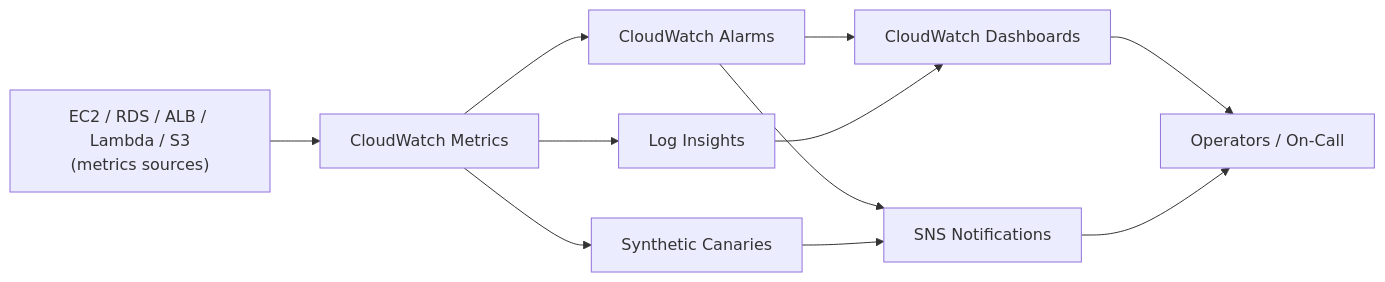
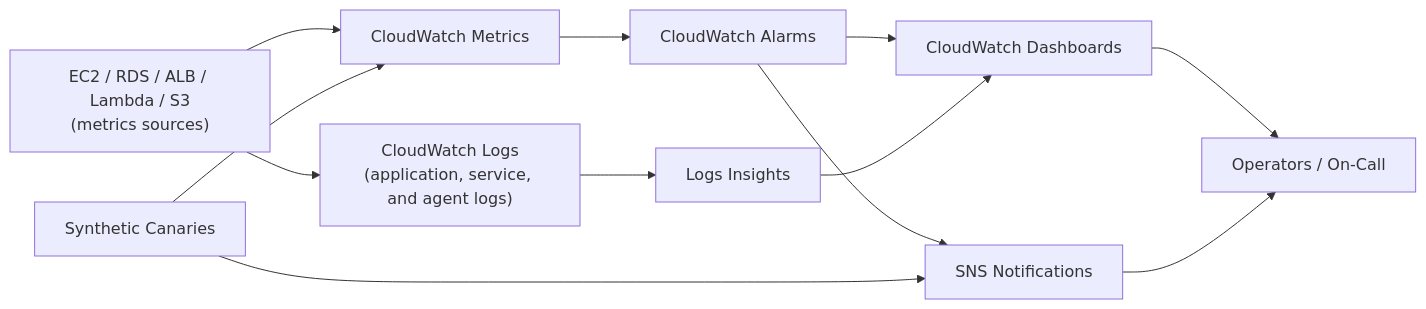
Before and after one commit to AlexanderBesss/AWS_best_praactices: the diagram in Monitoring/CloudWatch-Best-Practices.md, drawn with Mermaid. The commit also changed other lines of this file and 31 other files, not shown here.

````diff
--- a/Monitoring/CloudWatch-Best-Practices.md
+++ b/Monitoring/CloudWatch-Best-Practices.md
@@ -39,13 +39,14 @@
 ```mermaid
 flowchart LR
     A["EC2 / RDS / ALB / Lambda / S3\n(metrics sources)"] --> B["CloudWatch Metrics"]
+    A --> I["CloudWatch Logs\n(application, service, and agent logs)"]
     B --> C["CloudWatch Alarms"]
     C --> D["CloudWatch Dashboards"]
     C --> E["SNS Notifications"]
-    B --> F["Synthetic Canaries"]
+    F["Synthetic Canaries"] --> B
     F --> E
     D --> G["Operators / On-Call"]
     E --> G
-    B --> H["Log Insights"]
+    I --> H["Logs Insights"]
     H --> D
 ```
````
